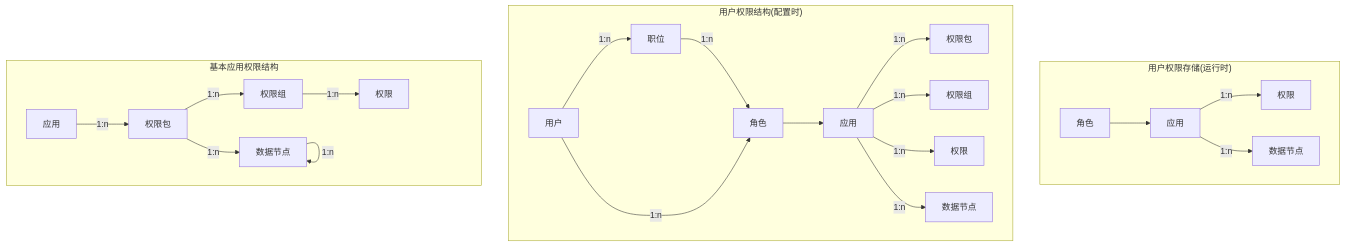
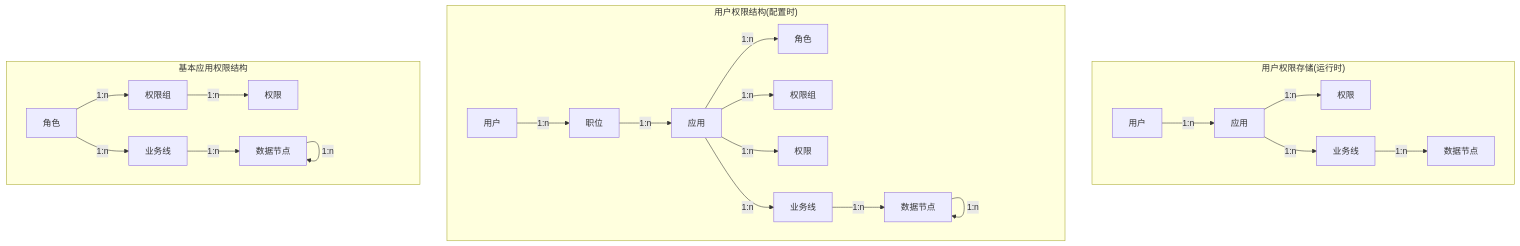
The second of 2 diagrams in README.md (clcy1243/resume), drawn with Mermaid before and after one commit.

Commit message:
更新图示

````diff
--- a/README.md
+++ b/README.md
@@ -71,23 +71,33 @@
     ```mermaid
     flowchart TD
-    subgraph "用户权限存储(运行时)"
-        role2[角色] --> app3[应用]
-        app3[应用] --> | 1:n | perm3[权限]
-        app3[应用] --> | 1:n | node3[数据节点]
+    subgraph USER_RUNTIME["用户权限存储(运行时)"]
+        user3[用户]
+        app3[应用]
+        perm3[权限]
+        bussiness3[业务线]
+        node3[数据节点]
+        user3 -->|1:n| app3 -->|1:n| perm3 & bussiness3
+        bussiness3 -->|1:n| node3
     end
-    subgraph "用户权限结构(配置时)"
-        user[用户] --> | 1:n | position[职位] --> | 1:n | role[角色]
-        user[用户] --> | 1:n | role[角色]
-        role[角色] --> app2[应用] --> | 1:n | pk2[权限包]
-        app2[应用] --> | 1:n | gr2[权限组]
-        app2[应用] --> | 1:n | perm2[权限]
-        app2[应用] --> | 1:n | node2[数据节点]
+    subgraph USER_CONFIG["用户权限结构(配置时)"]
+        user2[用户]
+        position2[职位]
+        app2[应用]
+        role2[角色]
+        perm_group2[权限组]
+        perm2[权限]
+        bussiness2[业务线]
+        node2[数据节点]
+        user2 -->|1:n| position2 -->|1:n| app2 -->|1:n| role2 & perm_group2 & perm2 & bussiness2
+        bussiness2 -->|1:n| node2 -->|1:n| node2
     end
-    subgraph 基本应用权限结构
-        app1[应用] --> | 1:n | pk1[权限包]
-        pk1[权限包] --> | 1:n | gr1[权限组]
-        gr1[权限组] --> | 1:n | perm1[权限]
-        pk1[权限包] --> | 1:n | node1[数据节点]
-        node1[数据节点] --> | 1:n | node1[数据节点]
+    subgraph APP_AUTH[基本应用权限结构]
+        role1[角色]
+        perm_group1[权限组]
+        perm1[权限]
+        bussiness1[业务线]
+        node1[数据节点]
+        role1 -->|1:n| perm_group1 -->|1:n| perm1
+        role1 -->|1:n| bussiness1 -->|1:n| node1 -->|1:n| node1
     end
     ```
````
